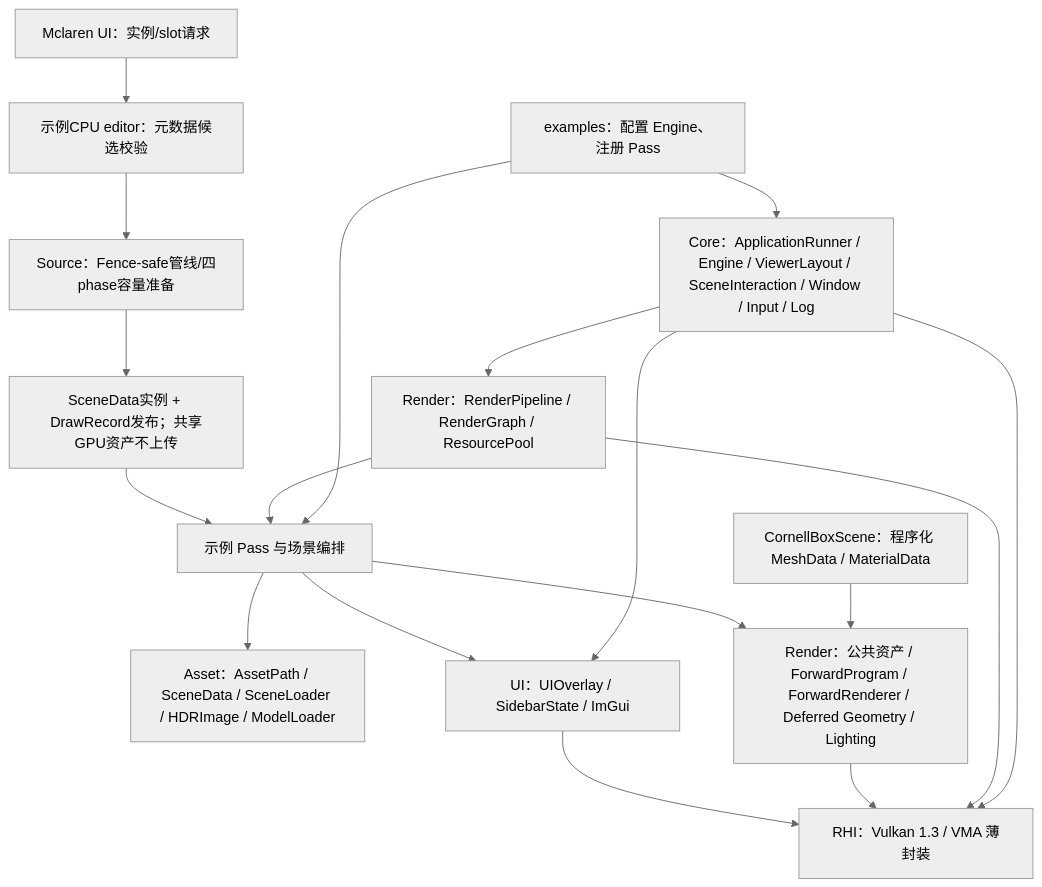
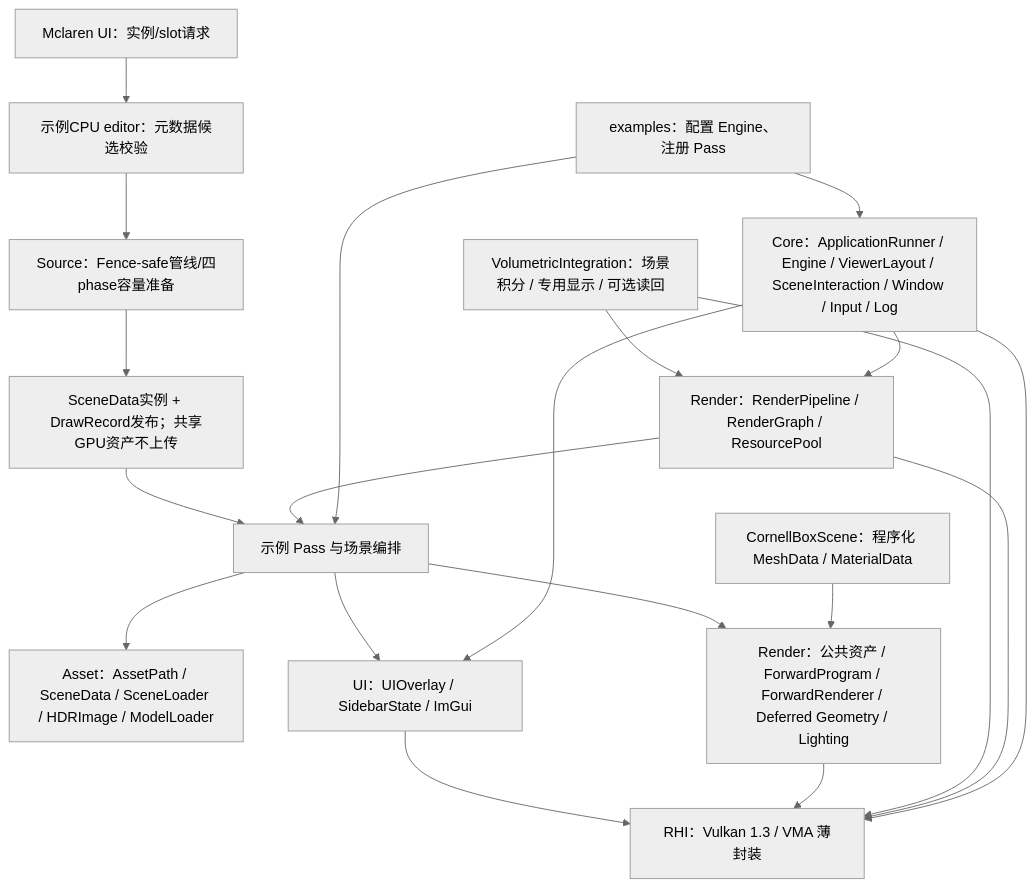
The diagram in docs/design/00-overview.md (Cyberyb/KuEngine), drawn with Mermaid (neutral theme) before and after one commit. The commit also changed other lines of this file and 30 other files, not shown here.

````diff
--- a/docs/design/00-overview.md
+++ b/docs/design/00-overview.md
@@ -7,28 +7,30 @@
 ```mermaid
 flowchart TB
     App["examples：配置 Engine、注册 Pass"]
     Core["Core：ApplicationRunner / Engine / ViewerLayout / SceneInteraction / Window / Input / Log"]
     Schedule["Render：RenderPipeline / RenderGraph / ResourcePool"]
     Pass["示例 Pass 与场景编排"]
     Asset["Asset：AssetPath / SceneData / SceneLoader / HDRImage / ModelLoader"]
     Render["Render：公共资产 / ForwardProgram / ForwardRenderer / Deferred Geometry / Lighting"]
     UI["UI：UIOverlay / SidebarState / ImGui"]
     RHI["RHI：Vulkan 1.3 / VMA 薄封装"]
     App --> Core
     App --> Pass
     Core --> Schedule
     Core --> UI
     Core --> RHI
     Schedule --> Pass
     Schedule --> RHI
+    Volumetric["VolumetricIntegration：场景积分 / 专用显示 / 可选读回"] --> Schedule
+    Volumetric --> RHI
     Pass --> Asset
     Procedural["CornellBoxScene：程序化 MeshData / MaterialData"] --> Render
     Pass --> Render
     Pass --> UI
     Edit["Mclaren UI：实例/slot请求"] --> Candidate["示例CPU editor：元数据候选校验"]
     Candidate --> Source["Source：Fence-safe管线/四phase容量准备"]
     Source --> Published["SceneData实例 + DrawRecord发布；共享GPU资产不上传"]
     Published --> Pass
     Render --> RHI
     UI --> RHI
 ```
````
